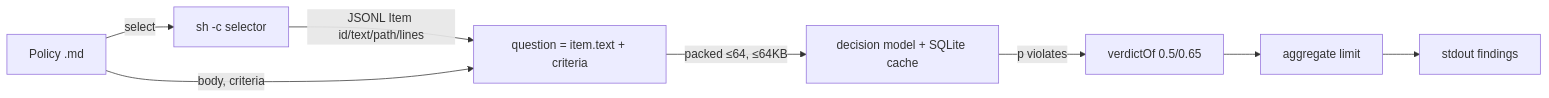
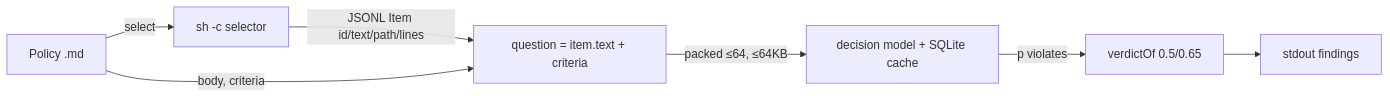
One commit to andrueandersoncs/lint-anything changed the diagram in docs/decomposition.md. Above: the diagram before and after it, drawn with Mermaid. The commit also changed other lines of this file and 12 other files, not shown here.

````diff
--- a/docs/decomposition.md
+++ b/docs/decomposition.md
@@ -22,10 +22,9 @@
 ```mermaid
 flowchart LR
   P[Policy .md] -->|select| S[sh -c selector]
   S -->|JSONL Item id/text/path/lines| Q[question = item.text + criteria]
   P -->|body, criteria| Q
   Q -->|packed ≤64, ≤64KB| C[decision model + SQLite cache]
   C -->|p violates| V[verdictOf 0.5/0.65]
-  V --> A[aggregate limit]
-  A --> O[stdout findings]
+  V --> O[stdout findings]
 ```
````
